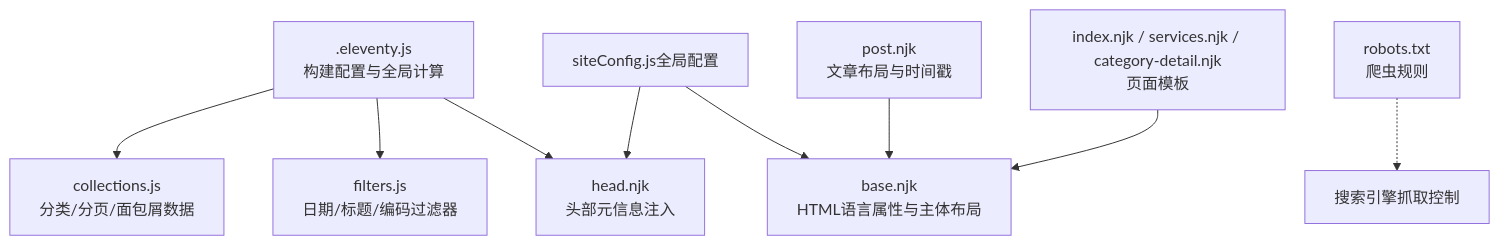
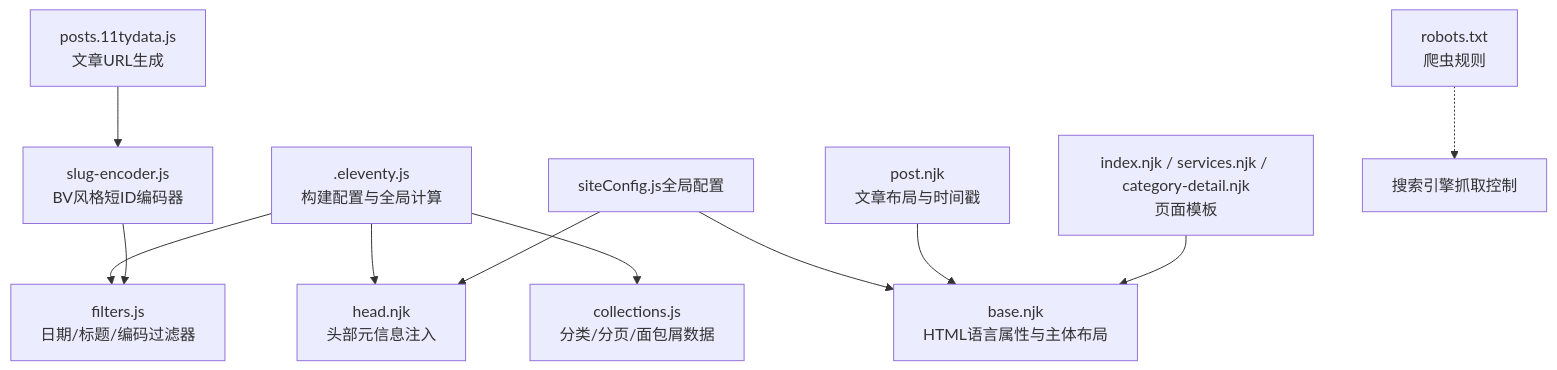
One commit to FXnadu/rainyNight-11ty changed the first of 3 diagrams in .qoder/repowiki/zh/content/最佳实践与示例/SEO优化指南.md. Above: the diagram before and after it, drawn with Mermaid. The commit also changed other lines of this file and 79 other files, not shown here.

````diff
--- a/.qoder/repowiki/zh/content/最佳实践与示例/SEO优化指南.md
+++ b/.qoder/repowiki/zh/content/最佳实践与示例/SEO优化指南.md
@@ -38,11 +50,13 @@
 ```mermaid
 graph TB
 A[".eleventy.js<br/>构建配置与全局计算"] --> B["head.njk<br/>头部元信息注入"]
 A --> C["filters.js<br/>日期/标题/编码过滤器"]
 A --> D["collections.js<br/>分类/分页/面包屑数据"]
 E["siteConfig.js全局配置"] --> B
 E --> F["base.njk<br/>HTML语言属性与主体布局"]
 G["post.njk<br/>文章布局与时间戳"] --> F
 H["index.njk / services.njk / category-detail.njk<br/>页面模板"] --> F
-I["robots.txt<br/>爬虫规则"] -.-> J["搜索引擎抓取控制"]
+I["slug-encoder.js<br/>BV风格短ID编码器"] --> C
+J["posts.11tydata.js<br/>文章URL生成"] --> I
+K["robots.txt<br/>爬虫规则"] -.-> L["搜索引擎抓取控制"]
 ```
````
